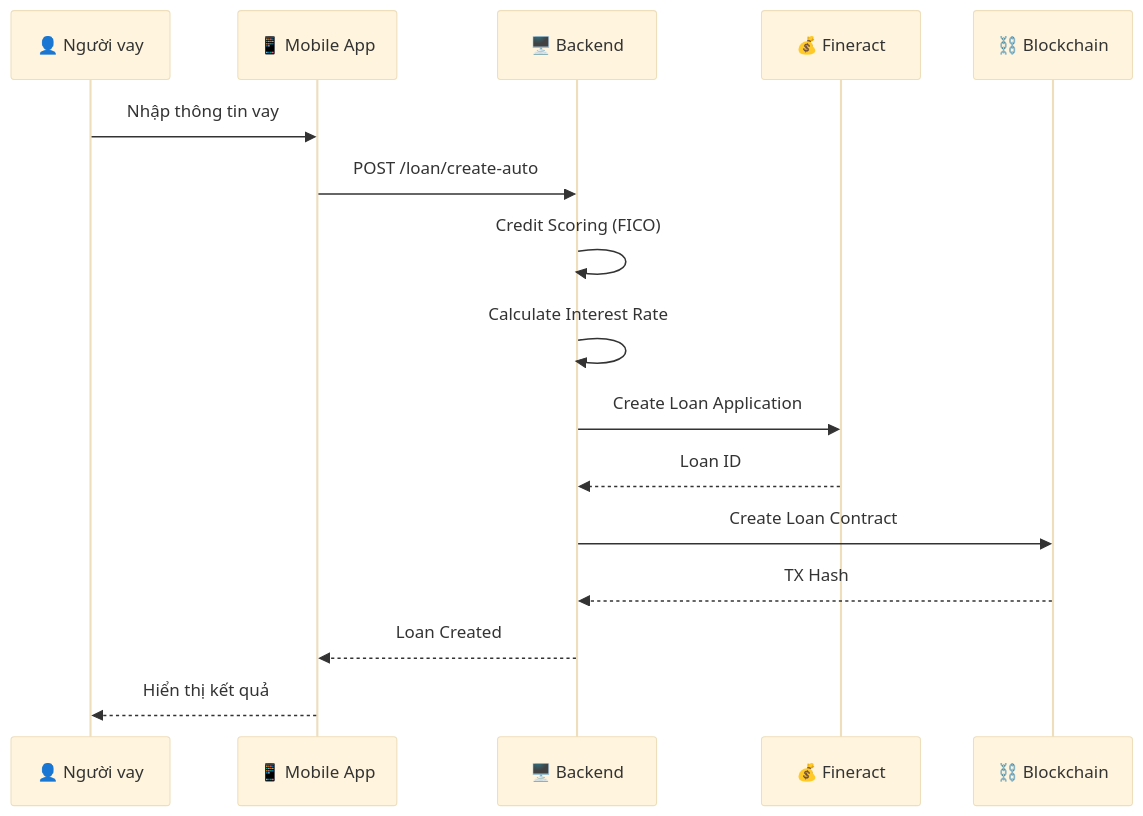
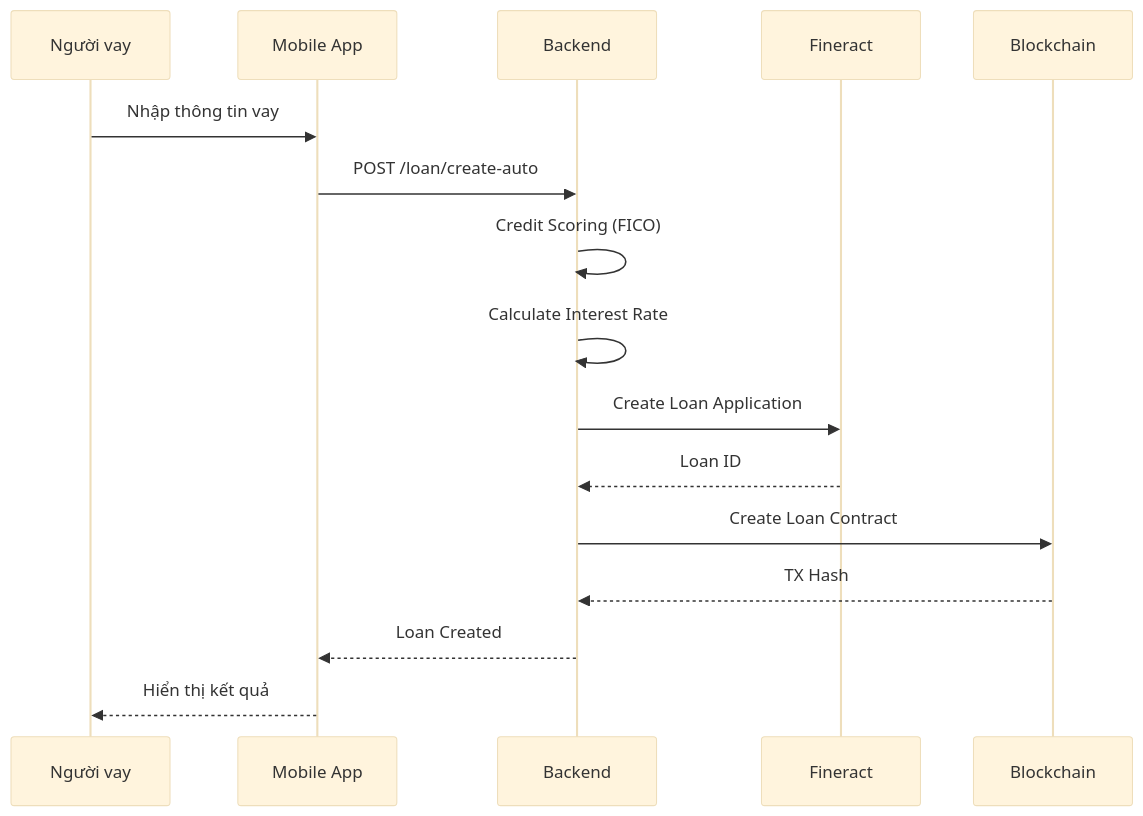
The diagram in docs/docs/features/loan-creation.md (TruonggGiangg/p2p-do-an), drawn with Mermaid (base theme) before and after one commit. The commit also changed other lines of this file and 8 other files, not shown here.

````diff
--- a/docs/docs/features/loan-creation.md
+++ b/docs/docs/features/loan-creation.md
@@ -18,19 +20,19 @@
 ```mermaid
 sequenceDiagram
-    participant User as 👤 Người vay
-    participant App as 📱 Mobile App
-    participant API as 🖥️ Backend
-    participant Fineract as 💰 Fineract
-    participant Blockchain as ⛓️ Blockchain
+    participant User as Người vay
+    participant App as Mobile App
+    participant API as Backend
+    participant Fineract as Fineract
+    participant Blockchain as Blockchain
 
     User->>App: Nhập thông tin vay
     App->>API: POST /loan/create-auto
     API->>API: Credit Scoring (FICO)
     API->>API: Calculate Interest Rate
     API->>Fineract: Create Loan Application
     Fineract-->>API: Loan ID
     API->>Blockchain: Create Loan Contract
     Blockchain-->>API: TX Hash
     API-->>App: Loan Created
     App-->>User: Hiển thị kết quả
 ```
````
